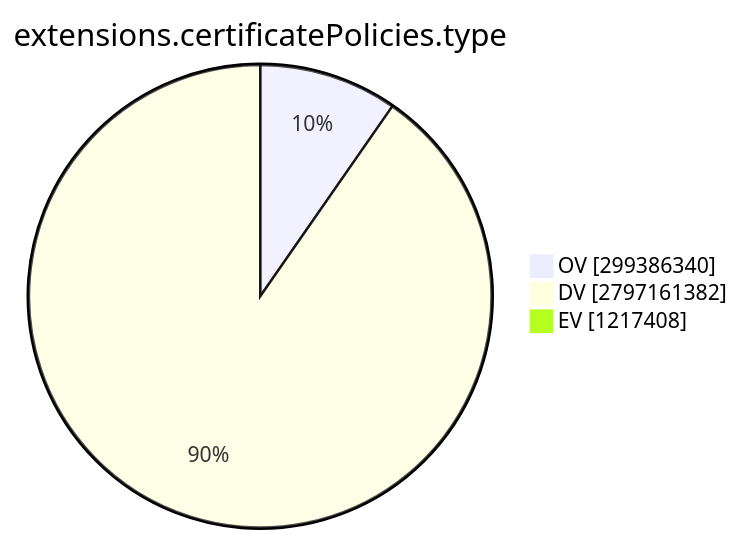
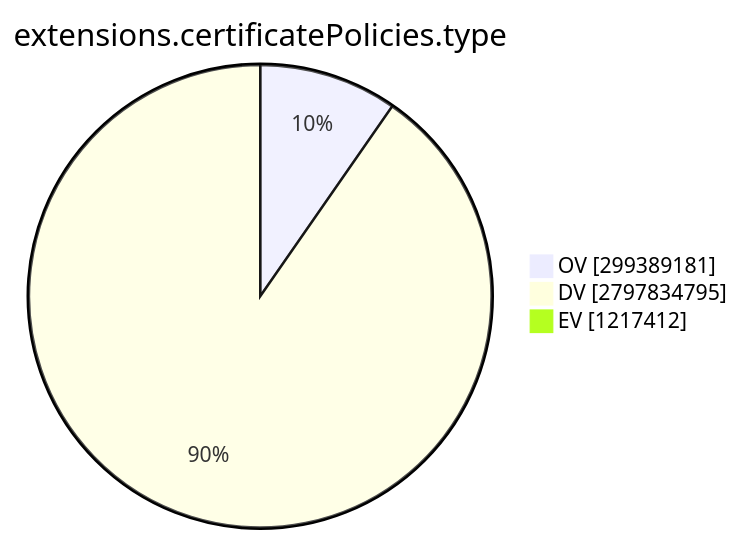
One commit to christiankrug/ctmonitor_visualization changed the ninth of 15 diagrams in TOTAL/README.md. Above: the diagram before and after it, drawn with Mermaid. The commit also changed other lines of this file, not shown here.

````diff
--- a/TOTAL/README.md
+++ b/TOTAL/README.md
@@ -3101,7 +3101,7 @@
 ```mermaid
 pie showData
 title extensions.certificatePolicies.type
-"OV" :299386340
-"DV" :2797161382
-"EV" :1217408
+"OV" :299389181
+"DV" :2797834795
+"EV" :1217412
 ```
````
